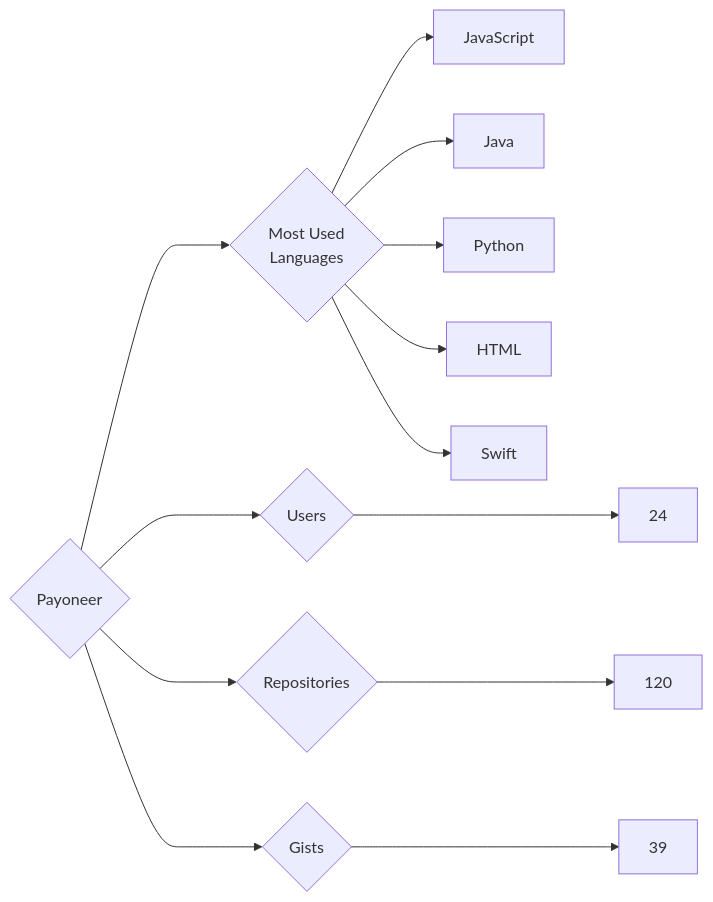
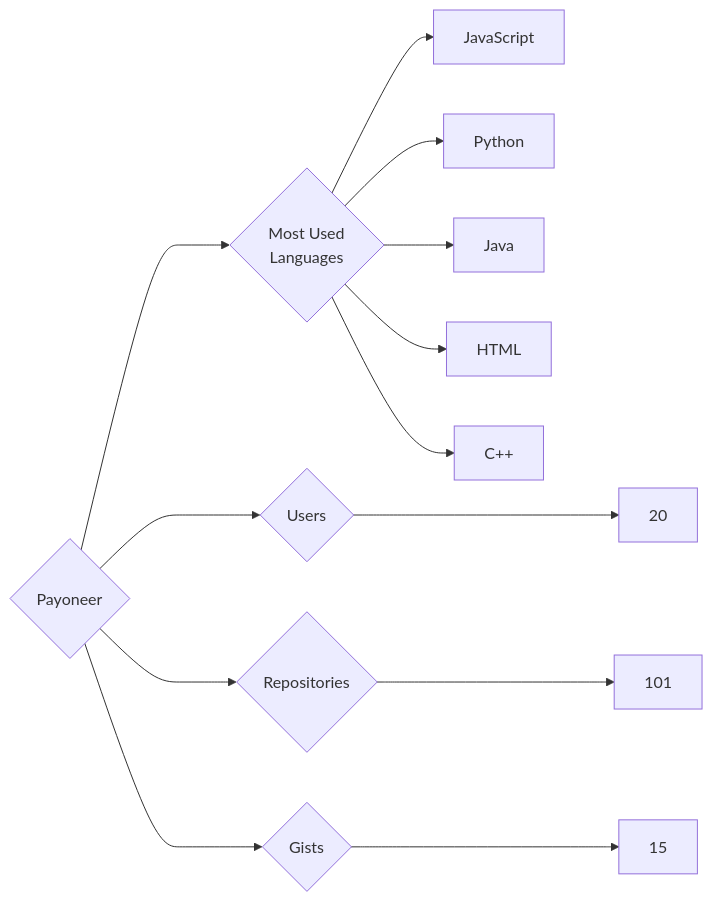
One commit to trickest/insiders changed the diagram in targets/Payoneer/README.md. Above: the diagram before and after it, drawn with Mermaid. The commit also changed 912 other files, not shown here.

````diff
--- a/targets/Payoneer/README.md
+++ b/targets/Payoneer/README.md
@@ -3,13 +3,13 @@
 ```mermaid
 graph LR
 COMPANY_NAME{Payoneer}
-COMPANY_NAME ---> U{Users} ---> UN[24]
-COMPANY_NAME ---> R{Repositories} ---> RN[120]
-COMPANY_NAME ---> G{Gists} ---> GN[39]
+COMPANY_NAME ---> U{Users} ---> UN[20]
+COMPANY_NAME ---> R{Repositories} ---> RN[101]
+COMPANY_NAME ---> G{Gists} ---> GN[15]
 COMPANY_NAME ---> ML{Most Used<br>Languages}
 ML --> JavaScript[JavaScript]
+ML --> Python[Python]
 ML --> Java[Java]
-ML --> Python[Python]
 ML --> HTML[HTML]
-ML --> Swift[Swift]
+ML --> C++[C++]
 ```
````
